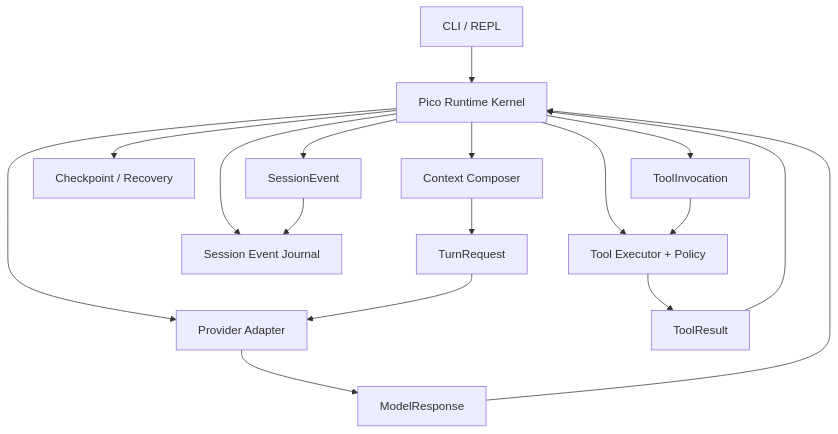
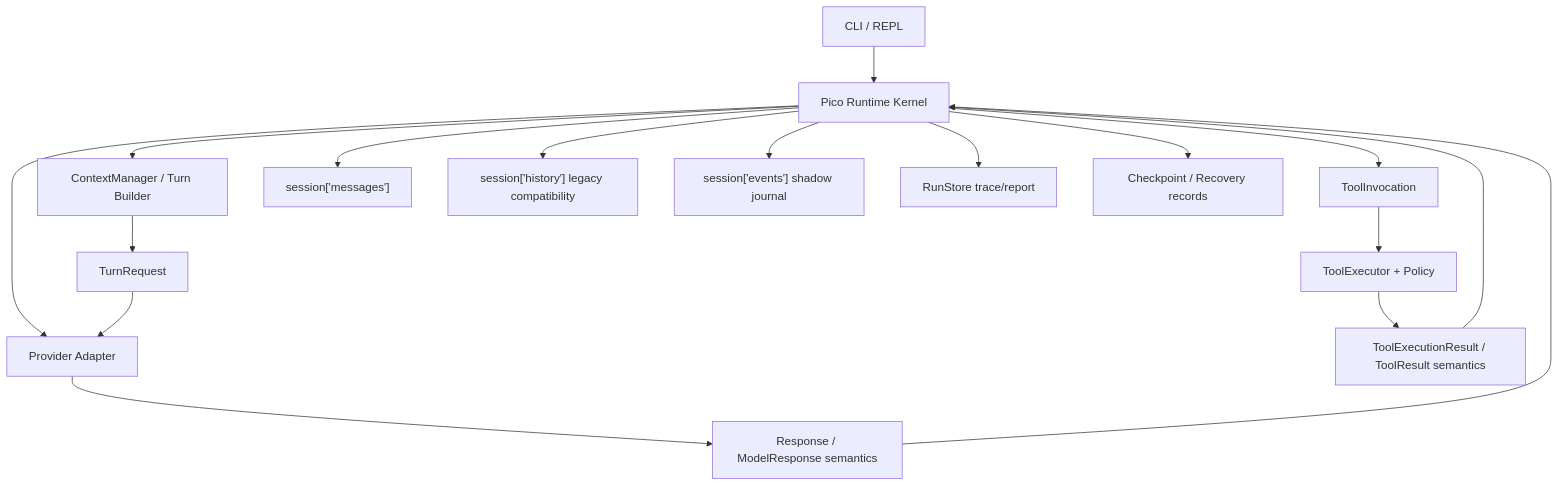
Before and after one commit to xiawiie/pony-code: the diagram in docs/superpowers/specs/2026-07-07-pico-minimal-runtime-kernel-design.md, drawn with Mermaid. The commit also changed other lines of this file, not shown here.

Commit message:
docs: ground runtime kernel design in current pico architecture

````diff
--- a/docs/superpowers/specs/2026-07-07-pico-minimal-runtime-kernel-design.md
+++ b/docs/superpowers/specs/2026-07-07-pico-minimal-runtime-kernel-design.md
@@ -133,23 +135,23 @@
 ```mermaid
 flowchart TD
   CLI["CLI / REPL"] --> Runtime["Pico Runtime Kernel"]
 
-  Runtime --> Context["Context Composer"]
+  Runtime --> Context["ContextManager / Turn Builder"]
+  Context --> TurnRequest["TurnRequest"]
+
   Runtime --> Provider["Provider Adapter"]
-  Runtime --> Tools["Tool Executor + Policy"]
-  Runtime --> Session["Session Event Journal"]
-  Runtime --> Recovery["Checkpoint / Recovery"]
+  TurnRequest --> Provider
+  Provider --> Response["Response / ModelResponse semantics"]
+  Response --> Runtime
 
-  Context --> TurnRequest["TurnRequest"]
-  TurnRequest --> Provider
-  Provider --> ModelResponse["ModelResponse"]
-  ModelResponse --> Runtime
+  Runtime --> Invocation["ToolInvocation"]
+  Invocation --> Tools["ToolExecutor + Policy"]
+  Tools --> ToolExecutionResult["ToolExecutionResult / ToolResult semantics"]
+  ToolExecutionResult --> Runtime
 
-  Runtime --> ToolInvocation["ToolInvocation"]
-  ToolInvocation --> Tools
-  Tools --> ToolResult["ToolResult"]
-  ToolResult --> Runtime
-
-  Runtime --> SessionEvent["SessionEvent"]
-  SessionEvent --> Session
+  Runtime --> Messages["session['messages']"]
+  Runtime --> History["session['history'] legacy compatibility"]
+  Runtime --> Events["session['events'] shadow journal"]
+  Runtime --> Trace["RunStore trace/report"]
+  Runtime --> Recovery["Checkpoint / Recovery records"]
 ```
````
